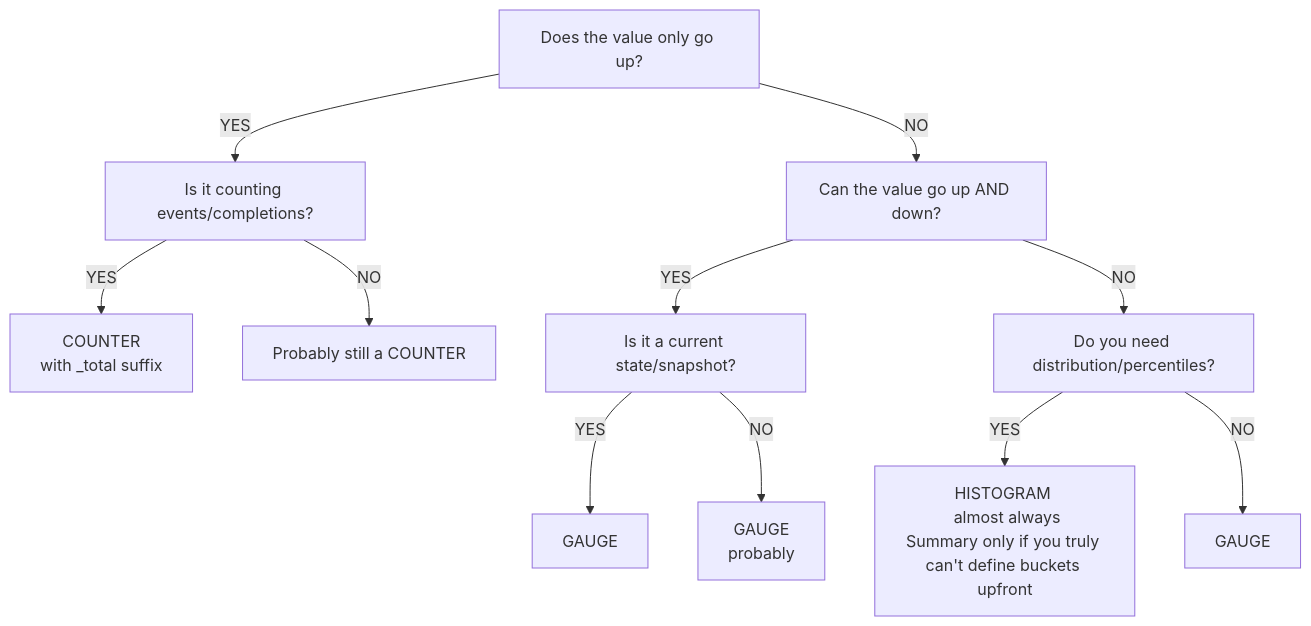
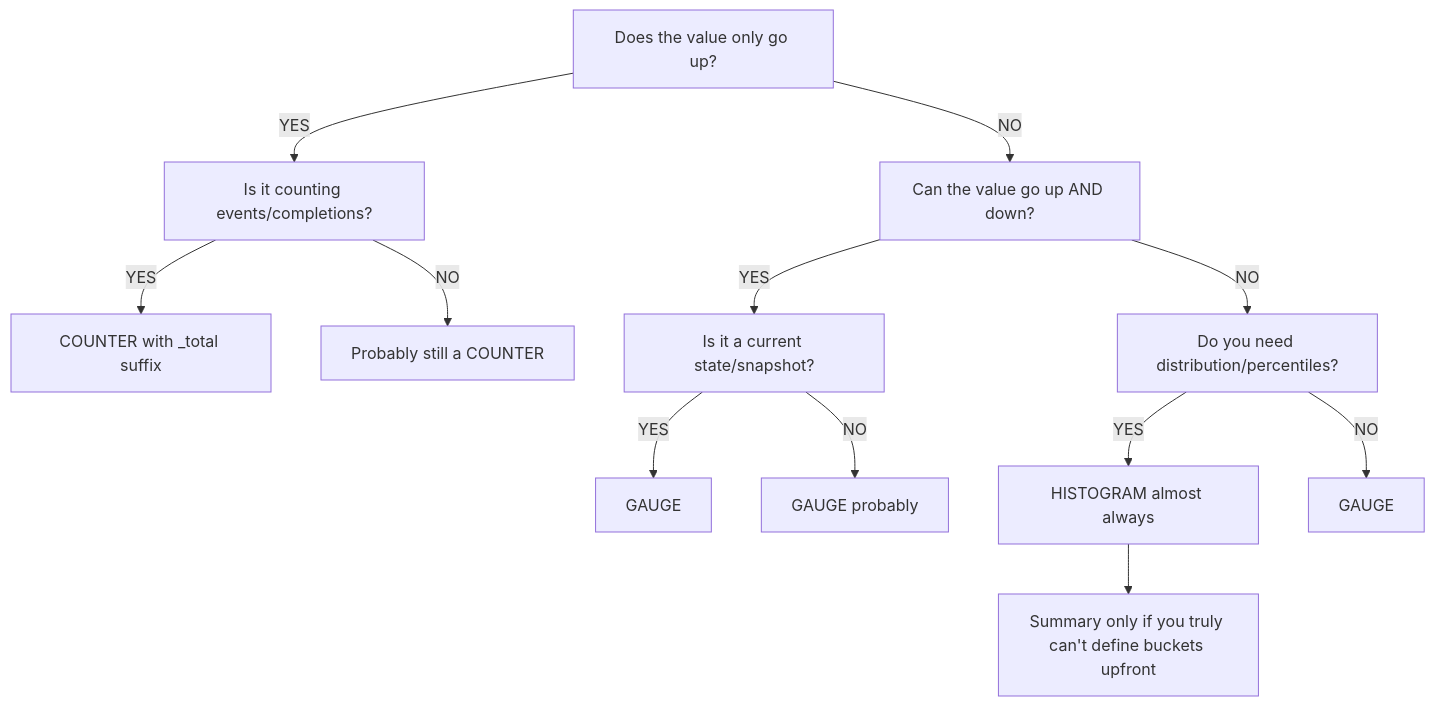
Before and after one commit to kube-dojo/kube-dojo: the first of 4 diagrams in src/content/docs/k8s/pca/module-1.2-instrumentation-alerting.md, drawn with Mermaid. The commit also changed other lines of this file, not shown here.

Commit message:
chore(content): write-only draft [k8s/pca/module-1.2-instrumentation-alerting]

````diff
--- a/src/content/docs/k8s/pca/module-1.2-instrumentation-alerting.md
+++ b/src/content/docs/k8s/pca/module-1.2-instrumentation-alerting.md
@@ -188,14 +217,15 @@
 ```mermaid
 graph TD
     A[Does the value only go up?]
     A -- YES --> B[Is it counting events/completions?]
-    B -- YES --> C[COUNTER <br/> with _total suffix]
+    B -- YES --> C[COUNTER with _total suffix]
     B -- NO --> D[Probably still a COUNTER]
     A -- NO --> E[Can the value go up AND down?]
     E -- YES --> F[Is it a current state/snapshot?]
     F -- YES --> G[GAUGE]
-    F -- NO --> H[GAUGE <br/> probably]
+    F -- NO --> H[GAUGE probably]
     E -- NO --> I[Do you need distribution/percentiles?]
-    I -- YES --> J[HISTOGRAM <br/> almost always<br/>Summary only if you truly can't define buckets upfront]
-    I -- NO --> K[GAUGE]
+    I -- YES --> J[HISTOGRAM almost always]
+    J --> K[Summary only if you truly can't define buckets upfront]
+    I -- NO --> L[GAUGE]
 ```
````
